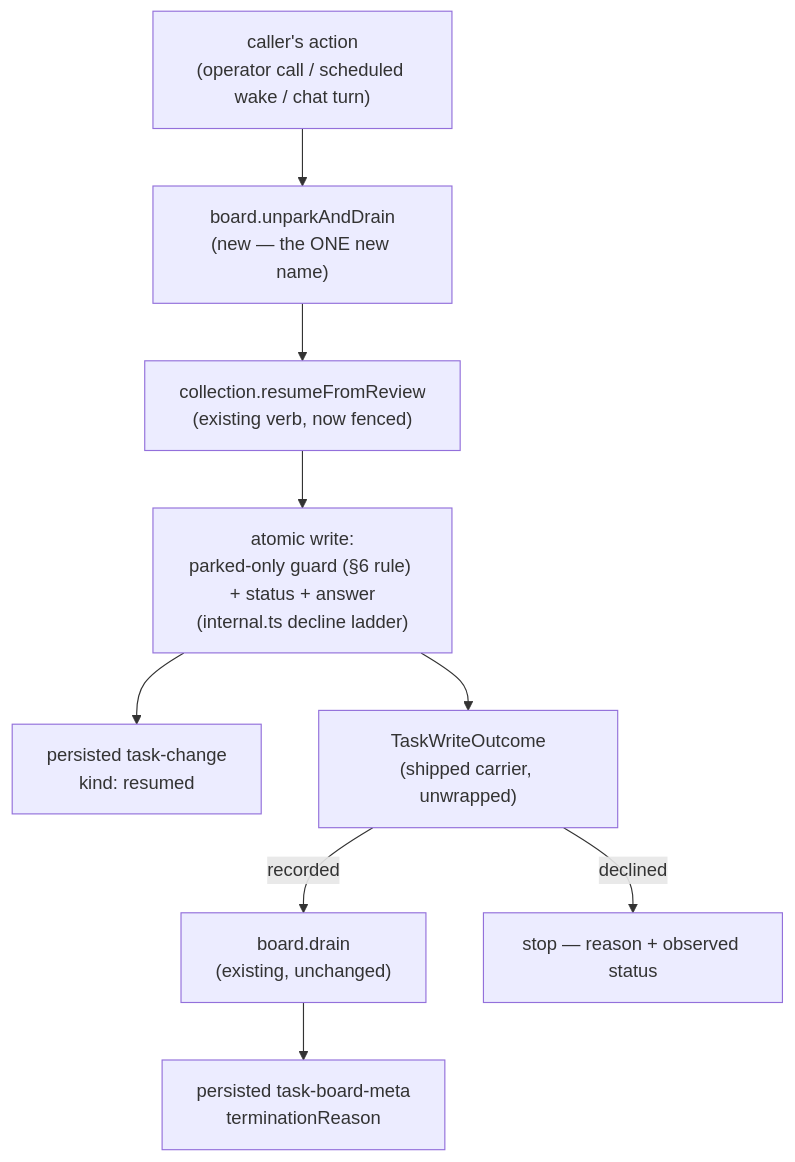
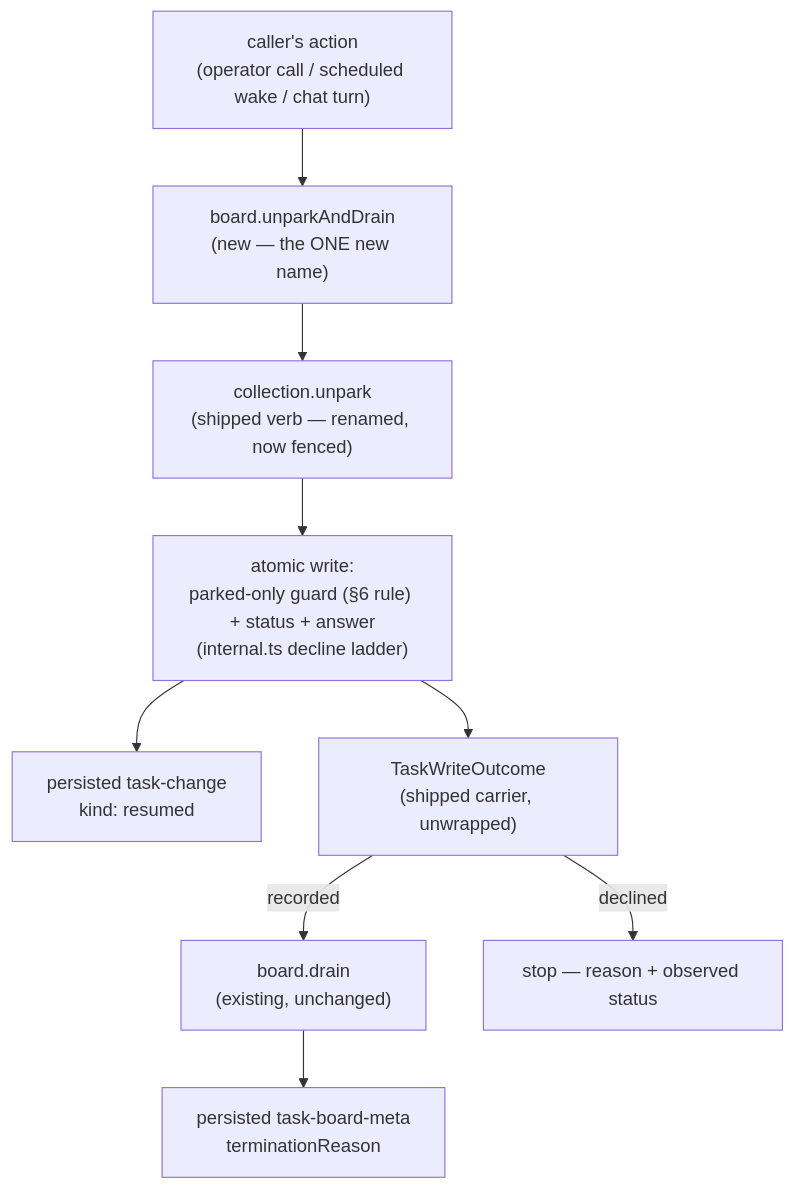
One commit to fixpoint-labs/flow-state-dev changed the diagram in spec/FIX-1244.md. Above: the diagram before and after it, drawn with Mermaid. The commit also changed other lines of this file, not shown here.

First line of the commit message:
spec(FIX-1244): rename the substrate verb to unpark in this change

````diff
--- a/spec/FIX-1244.md
+++ b/spec/FIX-1244.md
@@ -112,12 +120,12 @@
 ```mermaid
 flowchart TD
   A["caller's action<br/>(operator call / scheduled wake / chat turn)"]
   A --> B["board.unparkAndDrain<br/>(new — the ONE new name)"]
-  B --> F["collection.resumeFromReview<br/>(existing verb, now fenced)"]
+  B --> F["collection.unpark<br/>(shipped verb — renamed, now fenced)"]
   F --> G["atomic write:<br/>parked-only guard (§6 rule) + status + answer<br/>(internal.ts decline ladder)"]
   G --> H["persisted task-change<br/>kind: resumed"]
   G --> O["TaskWriteOutcome<br/>(shipped carrier, unwrapped)"]
   O -->|"recorded"| D["board.drain<br/>(existing, unchanged)"]
   O -->|"declined"| E["stop — reason + observed status"]
   D --> I["persisted task-board-meta<br/>terminationReason"]
 ```
````
